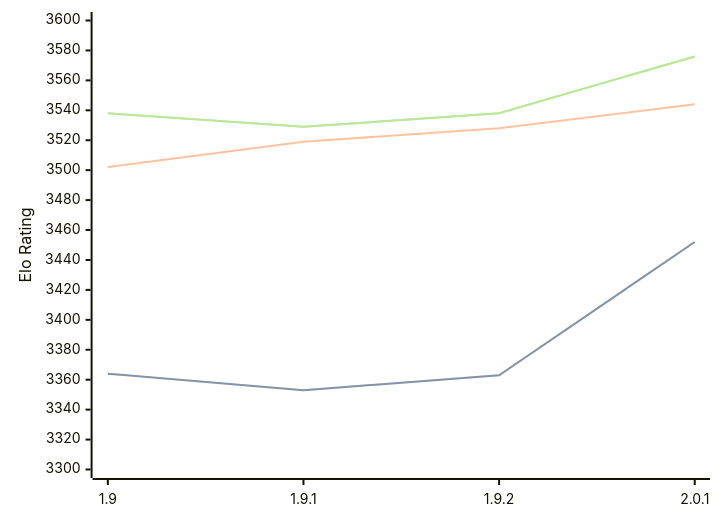
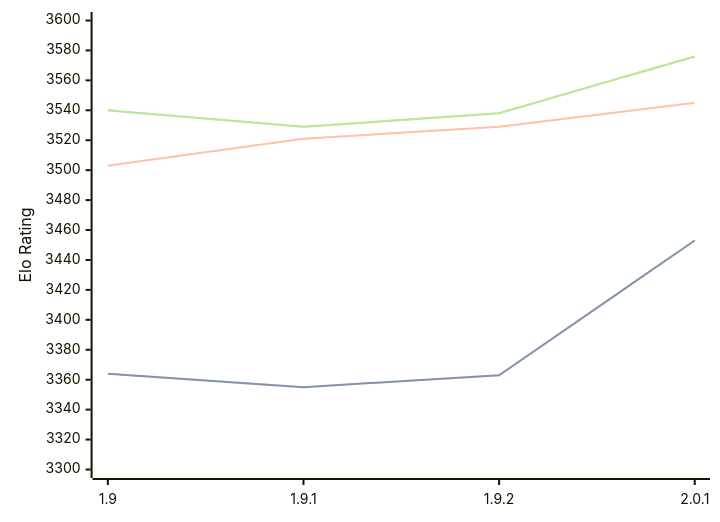
Before and after one commit to computer-chess-index/cci: the diagram in engines/Pawnocchio.md, drawn with Mermaid. The commit also changed other lines of this file, not shown here.

Commit message:
Update CCI Ratings (ELO VLTC) - 2026-08-05

````diff
--- a/engines/Pawnocchio.md
+++ b/engines/Pawnocchio.md
@@ -50,11 +50,11 @@
 ```mermaid
 %%{init: {"theme":"base","themeVariables":{"seriesColors:['#a3a3a3','#222221','#faa371']}}}%%
 xychart-beta
   x-axis ["1.9", "1.9.1", "1.9.2", "2.0.1"]
   y-axis "Elo Rating" 3300 --> 3600
-  line "STC (8.0+0.08s)" [3364, 3353, 3363, 3452]
-  line "STC (8.0+0.08s)" [3364, 3353, 3363, 3452]
-  line "LTC (60.0+0.60s)" [3502, 3519, 3528, 3544]
-  line "VLTC (2m24s+1.12s)" [3538, 3529, 3538, 3576]
-  line "VLTC (2m24s+1.12s)" [3538, 3529, 3538, 3576]
+  line "STC (8.0+0.08s)" [3364, 3355, 3363, 3453]
+  line "STC (8.0+0.08s)" [3364, 3355, 3363, 3453]
+  line "LTC (60.0+0.60s)" [3503, 3521, 3529, 3545]
+  line "VLTC (2m24s+1.12s)" [3540, 3529, 3538, 3576]
+  line "VLTC (2m24s+1.12s)" [3540, 3529, 3538, 3576]
 ```
````
